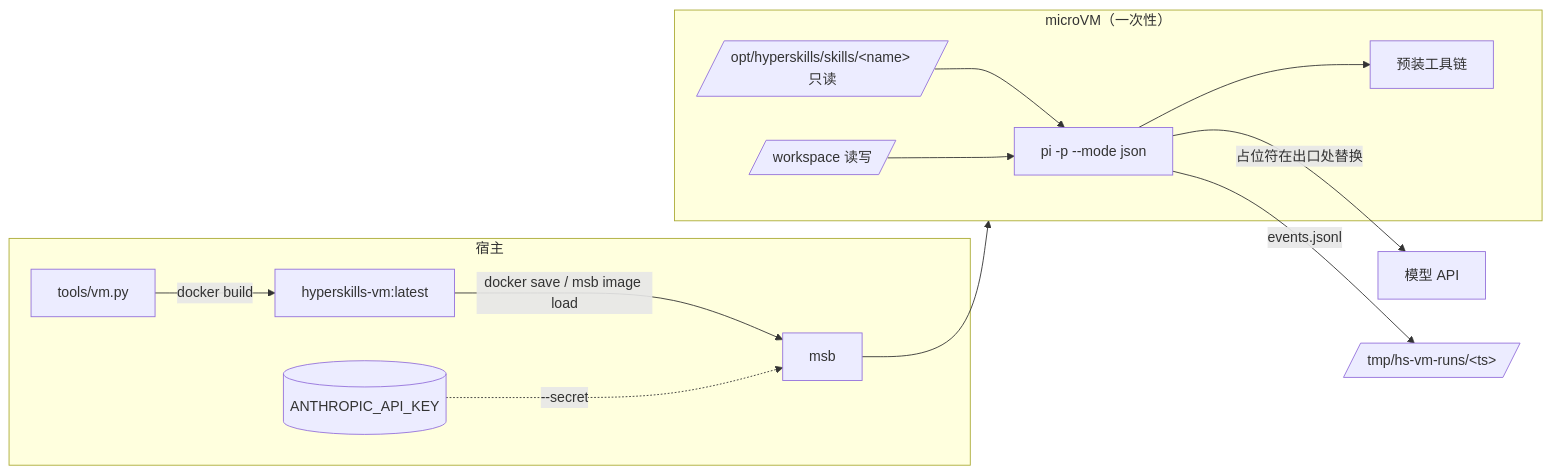
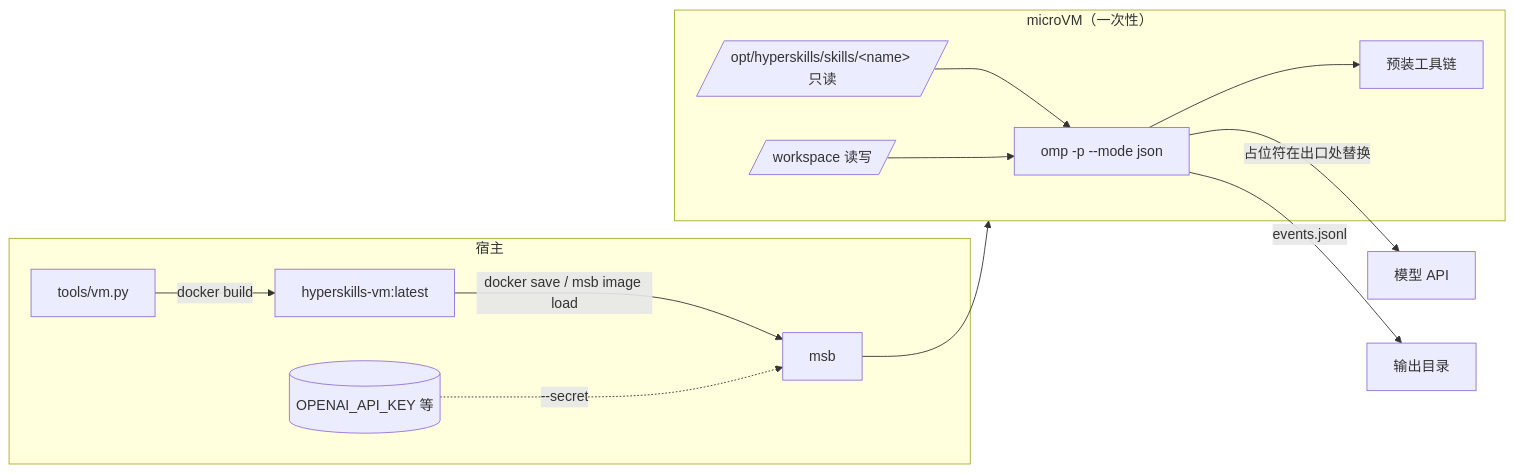
The diagram in vm/README.md (Lynricsy/HyperSkills), drawn with Mermaid before and after one commit. The commit also changed other lines of this file and 15 other files, not shown here.

````diff
--- a/vm/README.md
+++ b/vm/README.md
@@ -18,16 +19,16 @@
 ```mermaid
 flowchart LR
   subgraph host[宿主]
     vm[tools/vm.py] -->|docker build| img[hyperskills-vm:latest]
     img -->|docker save / msb image load| msb[msb]
-    key[(ANTHROPIC_API_KEY)] -.->|--secret| msb
+    key[(OPENAI_API_KEY 等)] -.->|--secret| msb
   end
   subgraph guest[microVM（一次性）]
-    pi[pi -p --mode json] --> tools[预装工具链]
-    skills[/opt/hyperskills/skills/&lt;name&gt; 只读/] --> pi
-    ws[/workspace 读写/] --> pi
+    omp[omp -p --mode json] --> tools[预装工具链]
+    skills[/opt/hyperskills/skills/&lt;name&gt; 只读/] --> omp
+    ws[/workspace 读写/] --> omp
   end
   msb --> guest
-  pi -->|占位符在出口处替换| api[模型 API]
-  pi -->|events.jsonl| out[/tmp/hs-vm-runs/&lt;ts&gt;/]
+  omp -->|占位符在出口处替换| api[模型 API]
+  omp -->|events.jsonl| out[输出目录]
 ```
````
